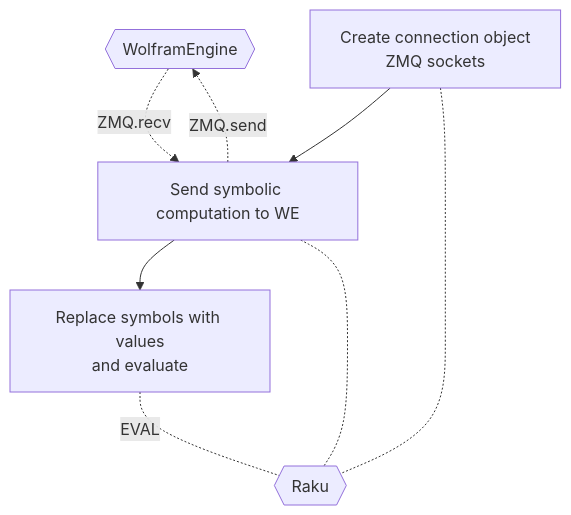
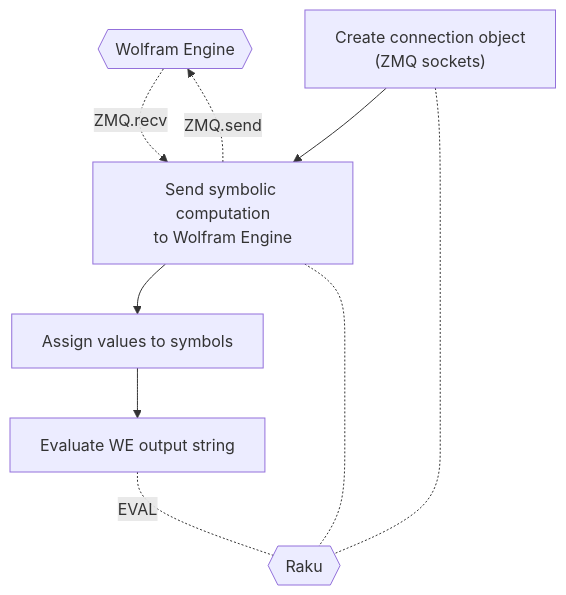
The diagram in README-work.md (antononcube/Raku-Proc-ZMQed), drawn with Mermaid before and after one commit. The commit also changed other lines of this file and 1 other file, not shown here.

Commit message:
docs:Better English grammar. Better, more detailed flowchart.

````diff
--- a/README-work.md
+++ b/README-work.md
@@ -79,14 +79,15 @@
 ```mermaid
 graph TD
-  WE{{WolframEngine}}
+  WE{{Wolfram Engine}}
   Raku{{Raku}}
-  CO[Create connection object<br>ZMQ sockets]
-  SC[Send symbolic computation to WE]
-  PR[Replace symbols with values<br>and evaluate]
-  CO --> SC --> PR
+  CO["Create connection object<br>(ZMQ sockets)"]
+  SC[Send symbolic computation<br>to Wolfram Engine]
+  AV[Assign values to symbols]
+  ES[Evaluate WE output string]
+  CO --> SC --> AV --> ES
   SC -.- Raku
   SC -.-> |ZMQ.send|WE
   WE -.-> |ZMQ.recv|SC
   CO -.- Raku
-  PR -.- |EVAL|Raku  
+  ES -.- |EVAL|Raku  
 ```
````
